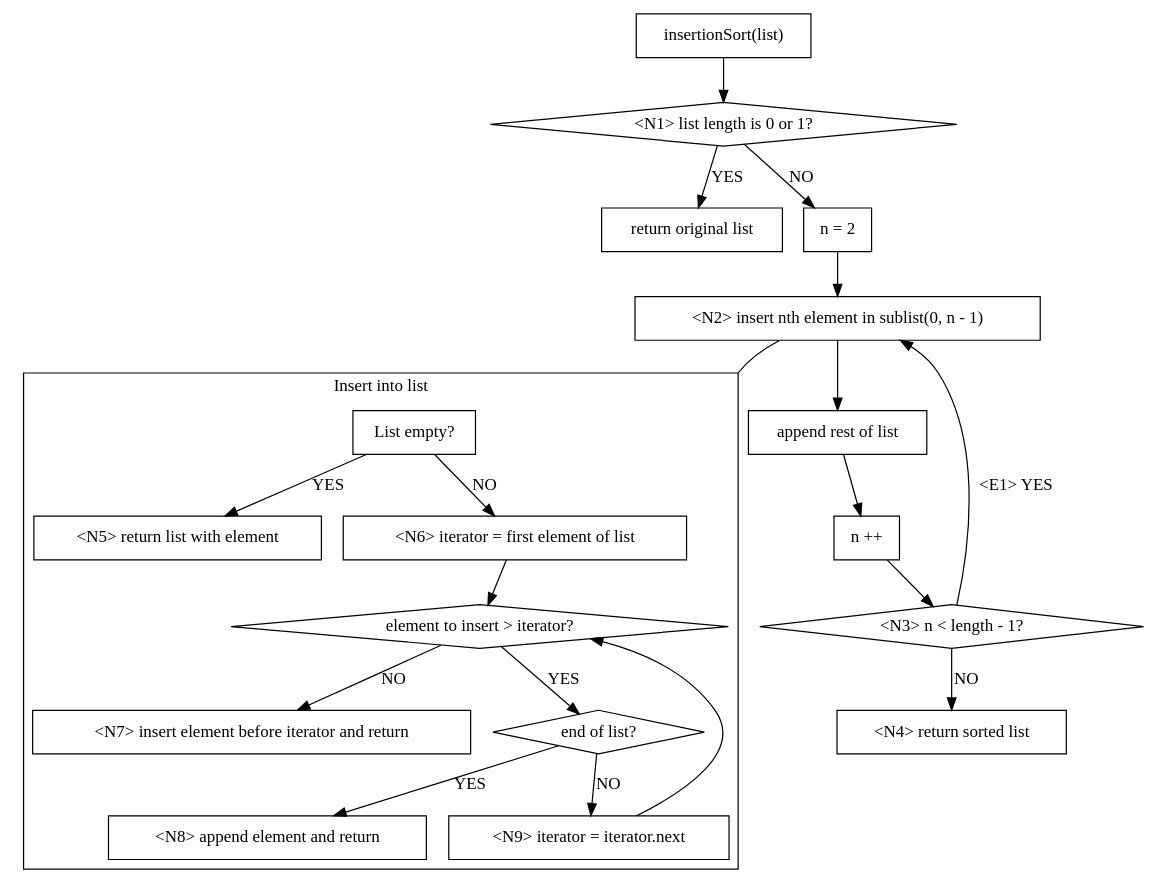
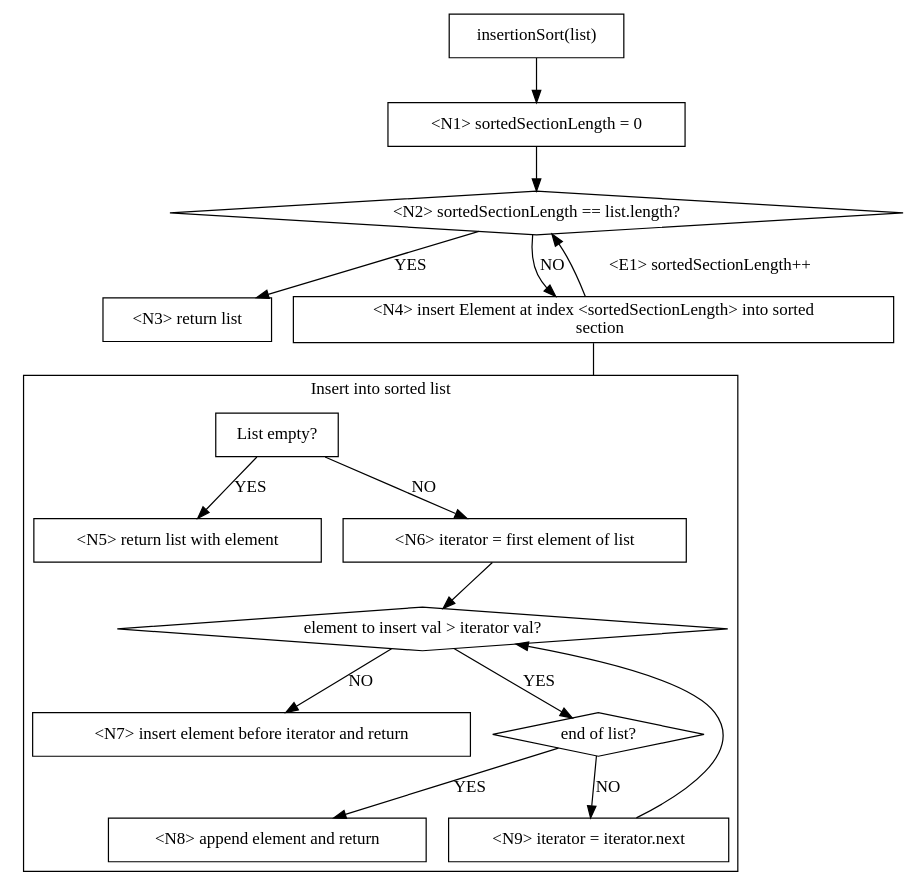
The diagram in doc/aufg2/graphViz/insertionSort.gv (hugoppp-uni/Algorithmen-und-Datenstrukturen), drawn with Graphviz before and after one commit. The commit also changed 1 other file, not shown here.

Commit message:
Redo insertionSort graph again

```diff
--- a/doc/aufg2/graphViz/insertionSort.gv
+++ b/doc/aufg2/graphViz/insertionSort.gv
@@ -1,44 +1,40 @@
 digraph Q {
     node [shape = box];
     compound = true;
 
     s1 [label = "insertionSort(list)"]
-    s1 -> d1
-    d1 [label = "<N1> list length is 0 or 1?" shape = diamond]
-    d1 -> "return original list" [label = "YES"];
-    d1 -> s2 [label = "NO"];
-    s2 [label = "n = 2"];
-    s2 -> s33
-    s33 [label = "<N2> insert nth element in sublist(0, n - 1) "];
-    s33 -> s3
-    s33 -> cluster1Connector [arrowhead = none, lhead = cluster1]
-    s3 [label = "append rest of list"]
-    s3 -> s4
-    s4 [label = "n ++"];
-    s4 -> d2
-    d2 [label = "<N3> n < length - 1?" shape = diamond];
-    d2 -> s33 [label = "<E1> YES"];
-    d2 -> "<N4> return sorted list" [label = "NO"];
+    s1 -> s2
+    s2 [label = "<N1> sortedSectionLength = 0"];
+    s2 -> d2
+    d2 [label = "<N2> sortedSectionLength == list.length?" shape = diamond]
+    d2 -> "<N3> return list" [label = "YES"];
+    d2 -> s3 [label = "NO"];
+    s3 [label = "<N4> insert Element at index <sortedSectionLength> into sorted
+    section"]
+    s3 -> cluster1Connector [arrowhead = none, lhead = cluster1]
+    s3 -> d2 [label = "<E1> sortedSectionLength++"]
+
 
     subgraph cluster1 {
-        node [shape = box];
-        label = "Insert into list"
-        cluster1Connector [shape = point style = invis]
+    node [shape = box];
+    label = "Insert into sorted list"
+    cluster1Connector [shape = point style = invis]
 
-        cBegin [label = "List empty?"];
-        cBegin -> "<N5> return list with element" [label = "YES"];
-        cBegin -> c0 [label = "NO"];
-        c0 [label = "<N6> iterator = first element of list "];
-        c0 -> cd1
-        cd1 [label = "element to insert > iterator?" shape = diamond];
-        cd1 -> cs1 [label = "NO"];
-        cd1 -> cd2 [label = "YES"];
-        cs1 [label = "<N7> insert element before iterator and return"];
-        cs2 [label = "<N9> iterator = iterator.next"];
-        cs2 -> cd1
-        cd2 [label = "end of list?" shape = diamond];
-        cd2 -> appendAndReturn [label = "YES"];
-        cd2 -> cs2 [label = "NO"];
-        appendAndReturn [label = "<N8> append element and return"]
+    cBegin [label = "List empty?"];
+    cBegin -> "<N5> return list with element" [label = "YES"];
+    cBegin -> c0 [label = "NO"];
+    c0 [label = "<N6> iterator = first element of list "];
+    c0 -> cd1
+    cd1 [label = "element to insert val > iterator val?" shape = diamond];
+    cd1 -> cs1 [label = "NO"];
+    cd1 -> cd2 [label = "YES"];
+    cs1 [label = "<N7> insert element before iterator and return"];
+    cs2 [label = "<N9> iterator = iterator.next"];
+    cs2 -> cd1
+    cd2 [label = "end of list?" shape = diamond];
+    cd2 -> appendAndReturn [label = "YES"];
+    cd2 -> cs2 [label = "NO"];
+    appendAndReturn [label = "<N8> append element and return"]
     }
+
 }
```
